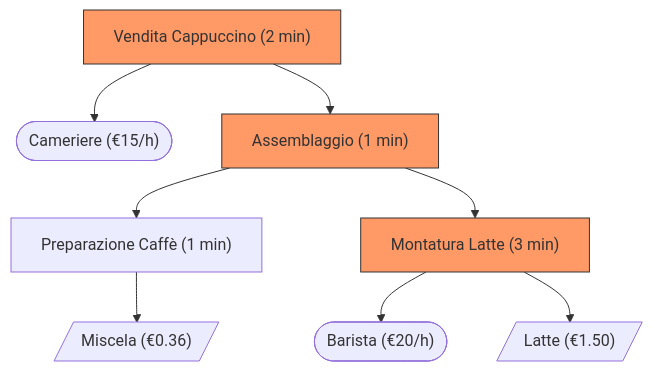
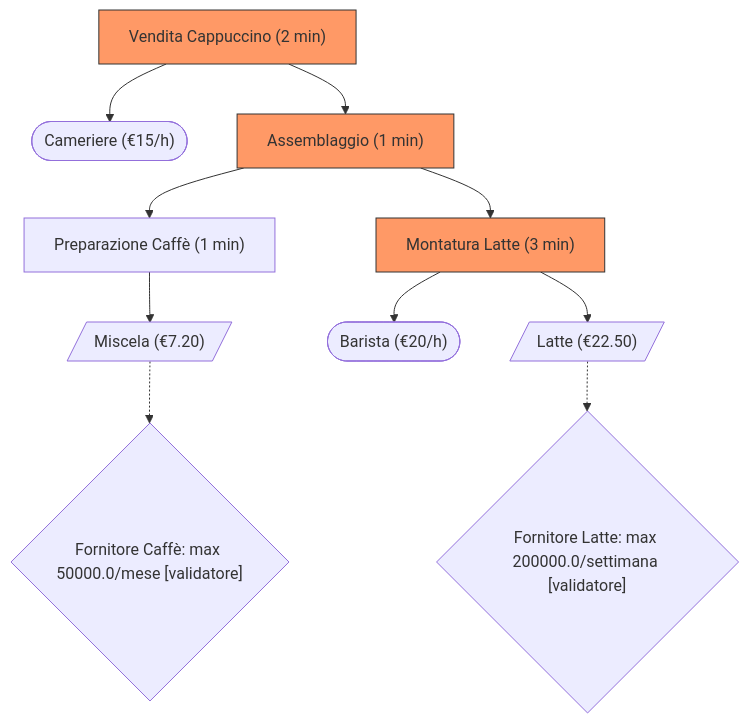
One commit to Gialicus/explosio changed the diagram in cappuccino.mmd. Above: the diagram before and after it, drawn with Mermaid. The commit also changed 23 other files, not shown here.

```diff
--- a/cappuccino.mmd
+++ b/cappuccino.mmd
@@ -1,19 +1,23 @@
 flowchart TB
   ACT-001["Vendita Cappuccino (2 min)"]
   ACT_001_H_0(["Cameriere (€15/h)"])
   ACT-001 --> ACT_001_H_0
   ACT-001 --> ACT-002
   ACT-002["Assemblaggio (1 min)"]
   ACT-002 --> ACT-003
   ACT-002 --> ACT-004
   ACT-003["Preparazione Caffè (1 min)"]
-  ACT_003_M_0[/"Miscela (€0.36)"/]
+  ACT_003_M_0[/"Miscela (€7.20)"/]
   ACT-003 --> ACT_003_M_0
+  ACT_003_SUP_M_0{"Fornitore Caffè: max 50000.0/mese [validatore]"}
+  ACT_003_M_0 -.-> ACT_003_SUP_M_0
   ACT-004["Montatura Latte (3 min)"]
   ACT_004_H_0(["Barista (€20/h)"])
   ACT-004 --> ACT_004_H_0
-  ACT_004_M_0[/"Latte (€1.50)"/]
+  ACT_004_M_0[/"Latte (€22.50)"/]
   ACT-004 --> ACT_004_M_0
+  ACT_004_SUP_M_0{"Fornitore Latte: max 200000.0/settimana [validatore]"}
+  ACT_004_M_0 -.-> ACT_004_SUP_M_0
   style ACT-001 fill:#f96,stroke:#333
   style ACT-002 fill:#f96,stroke:#333
   style ACT-004 fill:#f96,stroke:#333
```
